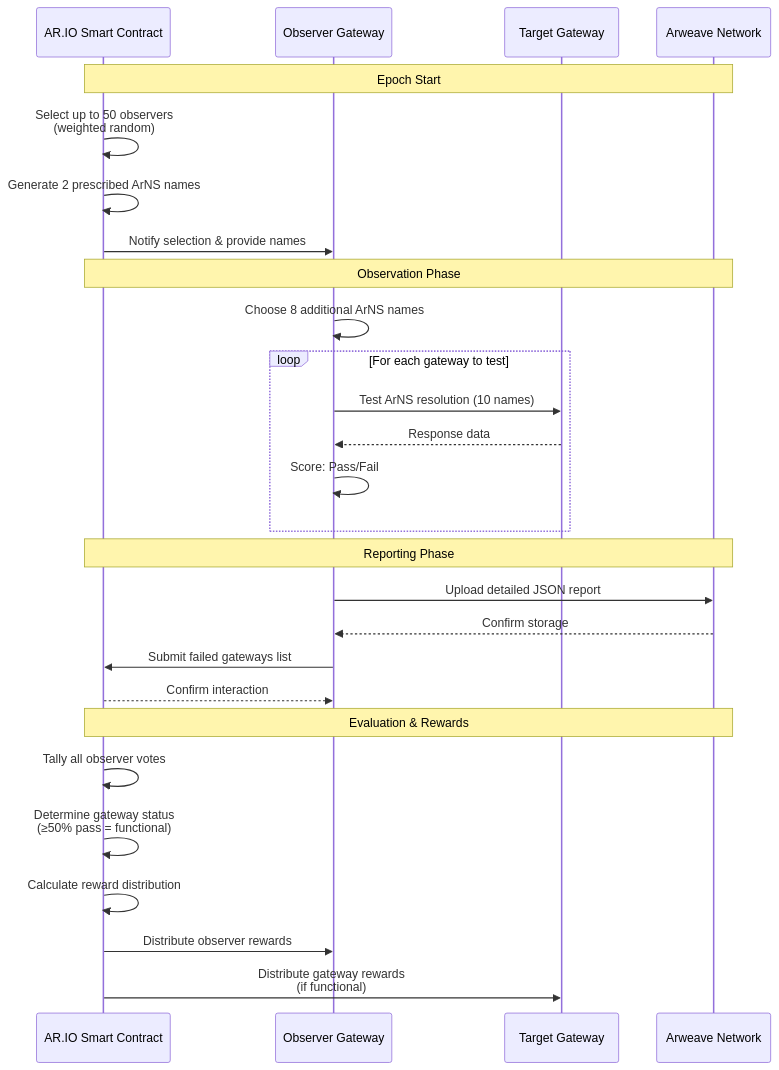
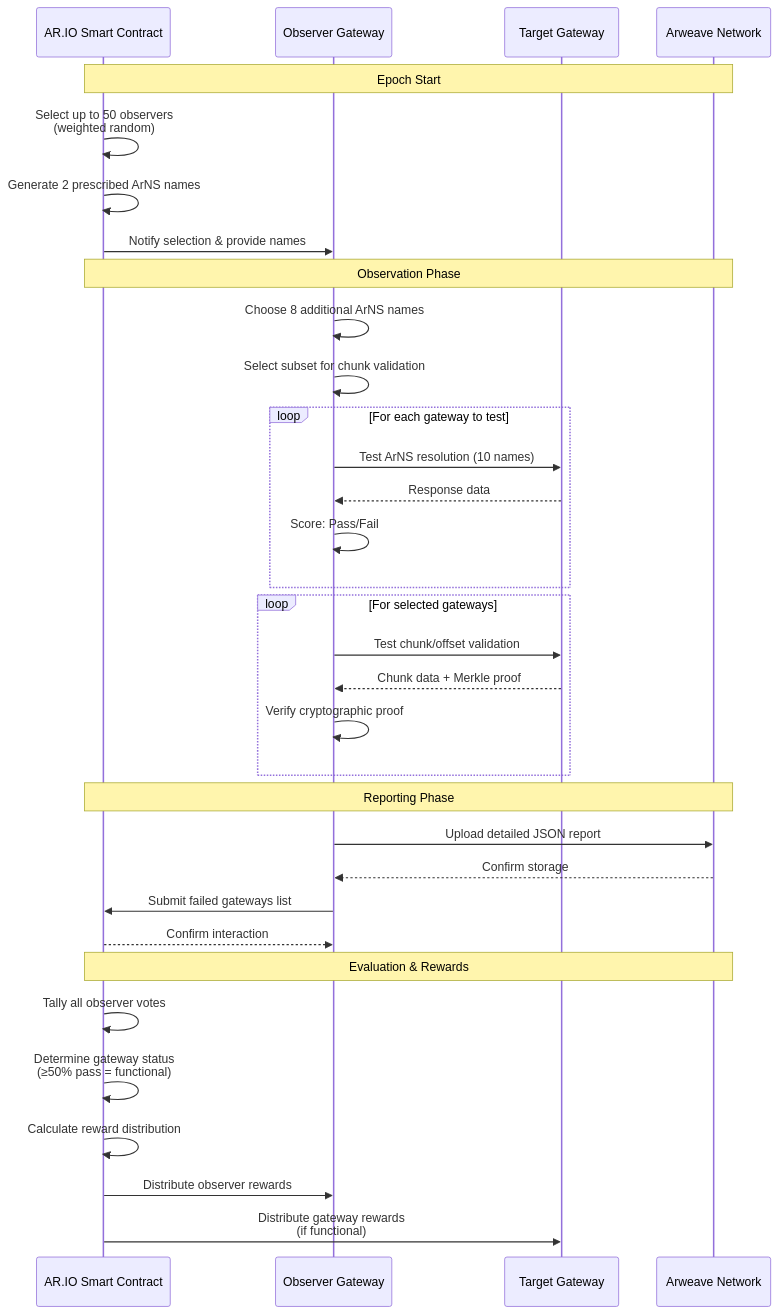
The diagram in content/learn/oip/index.mdx (ar-io/docs), drawn with Mermaid before and after one commit. The commit also changed other lines of this file and 3 other files, not shown here.

Commit message:
docs: implemented chunk validation into oip docs

````diff
--- a/content/learn/oip/index.mdx
+++ b/content/learn/oip/index.mdx
@@ -19,33 +19,39 @@
 ```mermaid
 sequenceDiagram
     participant SC as AR.IO Smart Contract
     participant OBS as Observer Gateway
     participant GW as Target Gateway
     participant AR as Arweave Network
-    
+
     Note over SC,AR: Epoch Start
     SC->>SC: Select up to 50 observers<br/>(weighted random)
     SC->>SC: Generate 2 prescribed ArNS names
     SC->>OBS: Notify selection & provide names
-    
+
     Note over SC,AR: Observation Phase
     OBS->>OBS: Choose 8 additional ArNS names
+    OBS->>OBS: Select subset for chunk validation
     loop For each gateway to test
         OBS->>GW: Test ArNS resolution (10 names)
         GW-->>OBS: Response data
         OBS->>OBS: Score: Pass/Fail
     end
-    
+    loop For selected gateways
+        OBS->>GW: Test chunk/offset validation
+        GW-->>OBS: Chunk data + Merkle proof
+        OBS->>OBS: Verify cryptographic proof
+    end
+
     Note over SC,AR: Reporting Phase
     OBS->>AR: Upload detailed JSON report
     AR-->>OBS: Confirm storage
     OBS->>SC: Submit failed gateways list
     SC-->>OBS: Confirm interaction
-    
+
     Note over SC,AR: Evaluation & Rewards
     SC->>SC: Tally all observer votes
     SC->>SC: Determine gateway status<br/>(≥50% pass = functional)
     SC->>SC: Calculate reward distribution
     SC->>OBS: Distribute observer rewards
     SC->>GW: Distribute gateway rewards<br/>(if functional)
 ```
````
